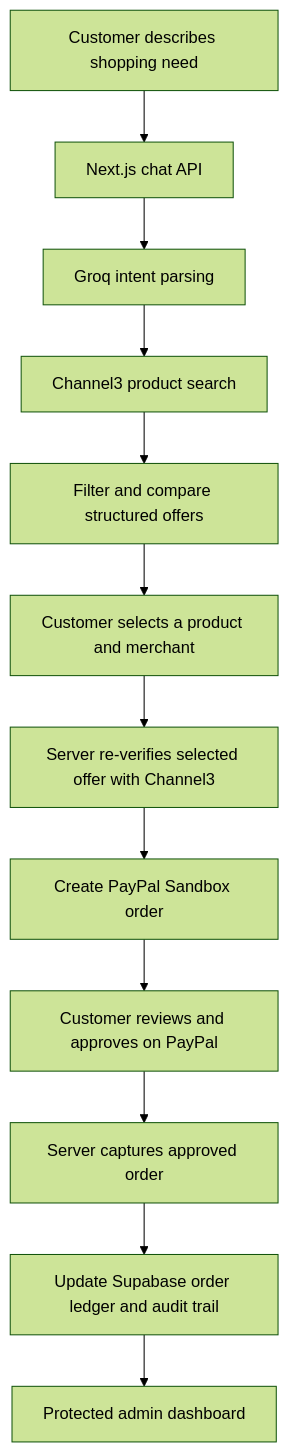
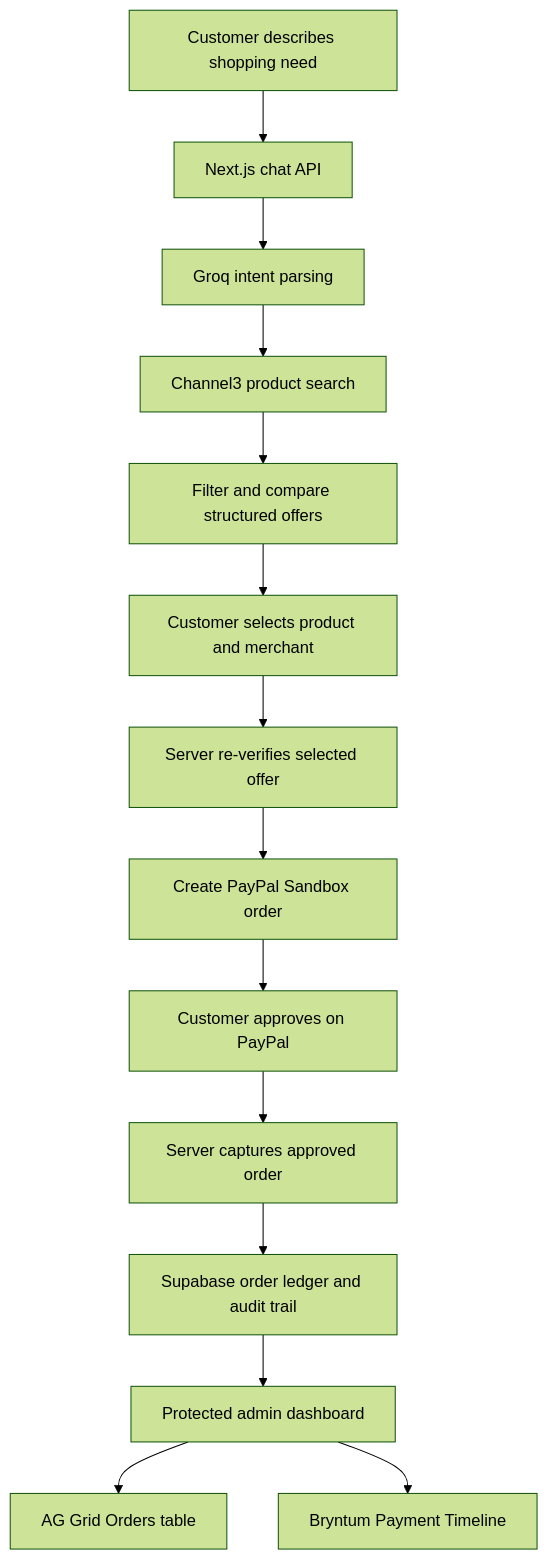
The diagram in README.md (princegyan/payagent-concierge), drawn with Mermaid (forest theme) before and after one commit. The commit also changed other lines of this file, not shown here.

````diff
--- a/README.md
+++ b/README.md
@@ -118,14 +126,16 @@
 ``` mermaid
 flowchart TD
     A[Customer describes shopping need] --> B[Next.js chat API]
     B --> C[Groq intent parsing]
     C --> D[Channel3 product search]
     D --> E[Filter and compare structured offers]
-    E --> F[Customer selects a product and merchant]
-    F --> G[Server re-verifies selected offer with Channel3]
+    E --> F[Customer selects product and merchant]
+    F --> G[Server re-verifies selected offer]
     G --> H[Create PayPal Sandbox order]
-    H --> I[Customer reviews and approves on PayPal]
+    H --> I[Customer approves on PayPal]
     I --> J[Server captures approved order]
-    J --> K[Update Supabase order ledger and audit trail]
+    J --> K[Supabase order ledger and audit trail]
     K --> L[Protected admin dashboard]
+    L --> M[AG Grid Orders table]
+    L --> N[Bryntum Payment Timeline]
 ```
````
